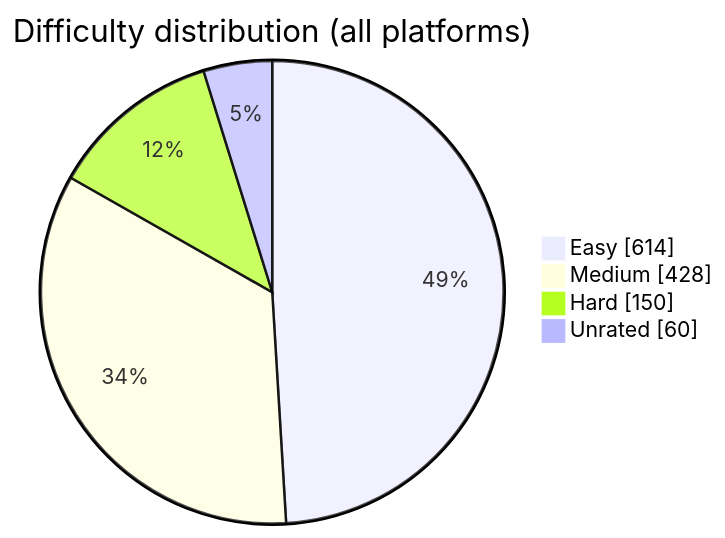
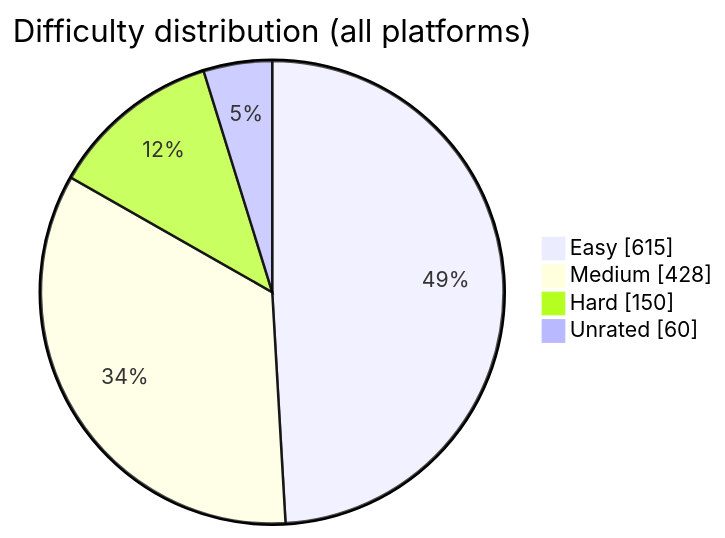
One commit to BuildbyArindam/Daily-Coding-Log changed the diagram in README.md. Above: the diagram before and after it, drawn with Mermaid. The commit also changed other lines of this file, not shown here.

````diff
--- a/README.md
+++ b/README.md
@@ -93,7 +93,7 @@
 ```mermaid
 pie showData title Difficulty distribution (all platforms)
-    "Easy" : 614
+    "Easy" : 615
     "Medium" : 428
     "Hard" : 150
     "Unrated" : 60
 ```
````
